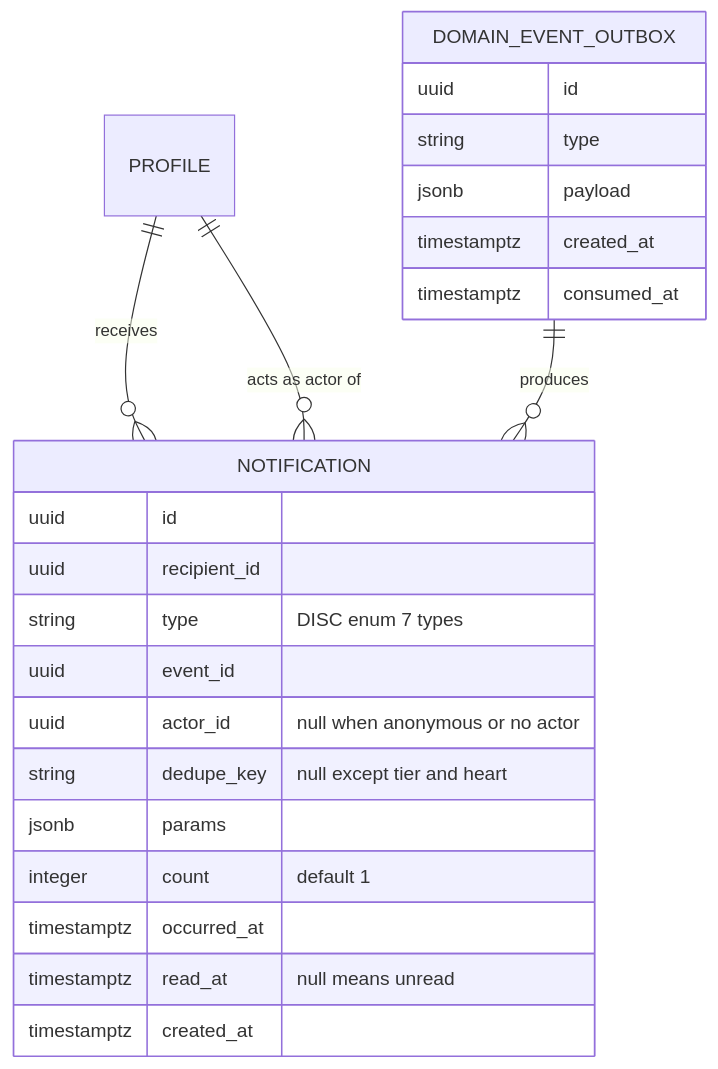
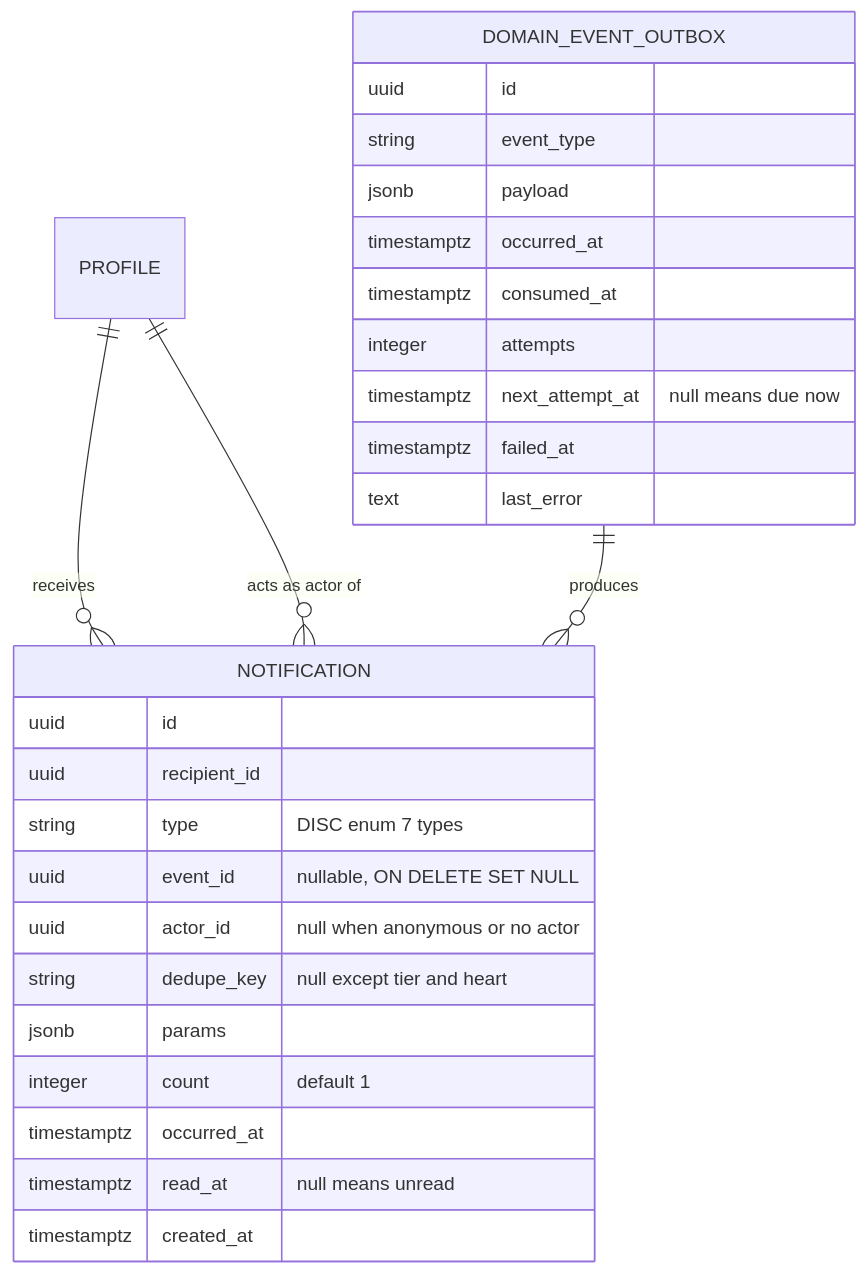
The fourth of 5 diagrams in docs/features/F013_Notifications/technical-spec.md (hailv-3571/agentic-coding-hands-on), drawn with Mermaid before and after one commit. The commit also changed other lines of this file and 36 other files, not shown here.

````diff
--- a/docs/features/F013_Notifications/technical-spec.md
+++ b/docs/features/F013_Notifications/technical-spec.md
@@ -293,26 +293,30 @@
 ```mermaid
 erDiagram
     PROFILE ||--o{ NOTIFICATION : "receives"
     PROFILE ||--o{ NOTIFICATION : "acts as actor of"
     DOMAIN_EVENT_OUTBOX ||--o{ NOTIFICATION : "produces"
     NOTIFICATION {
         uuid id
         uuid recipient_id
         string type "DISC enum 7 types"
-        uuid event_id
+        uuid event_id "nullable, ON DELETE SET NULL"
         uuid actor_id "null when anonymous or no actor"
         string dedupe_key "null except tier and heart"
         jsonb params
         integer count "default 1"
         timestamptz occurred_at
         timestamptz read_at "null means unread"
         timestamptz created_at
     }
     DOMAIN_EVENT_OUTBOX {
         uuid id
-        string type
+        string event_type
         jsonb payload
-        timestamptz created_at
+        timestamptz occurred_at
         timestamptz consumed_at
+        integer attempts
+        timestamptz next_attempt_at "null means due now"
+        timestamptz failed_at
+        text last_error
     }
 ```
````
